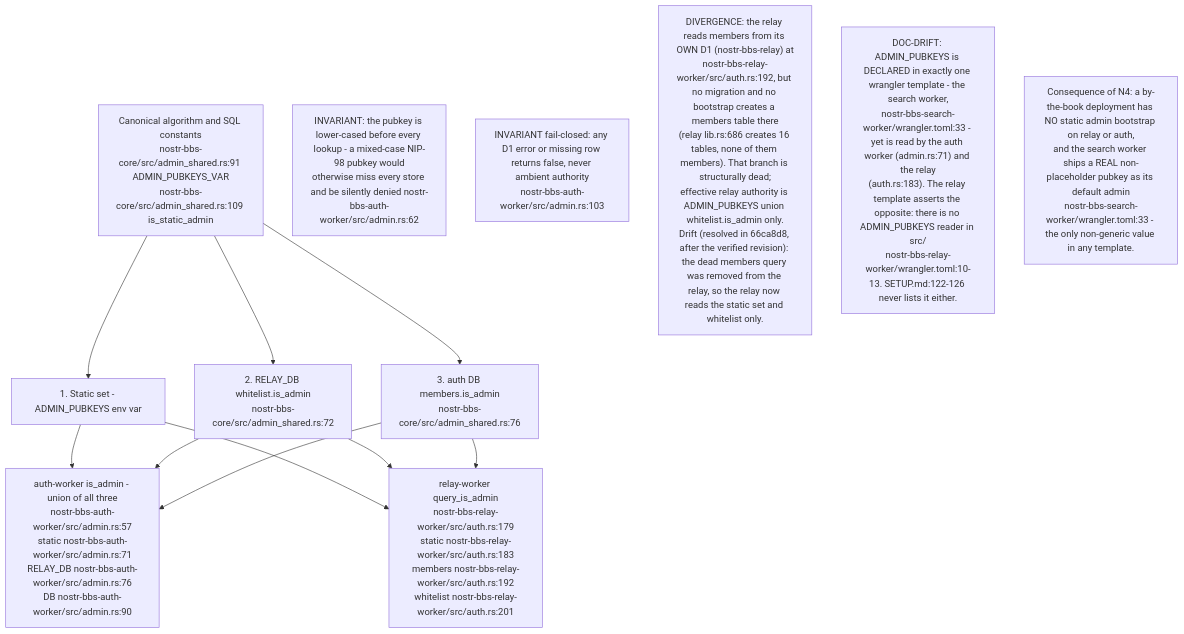
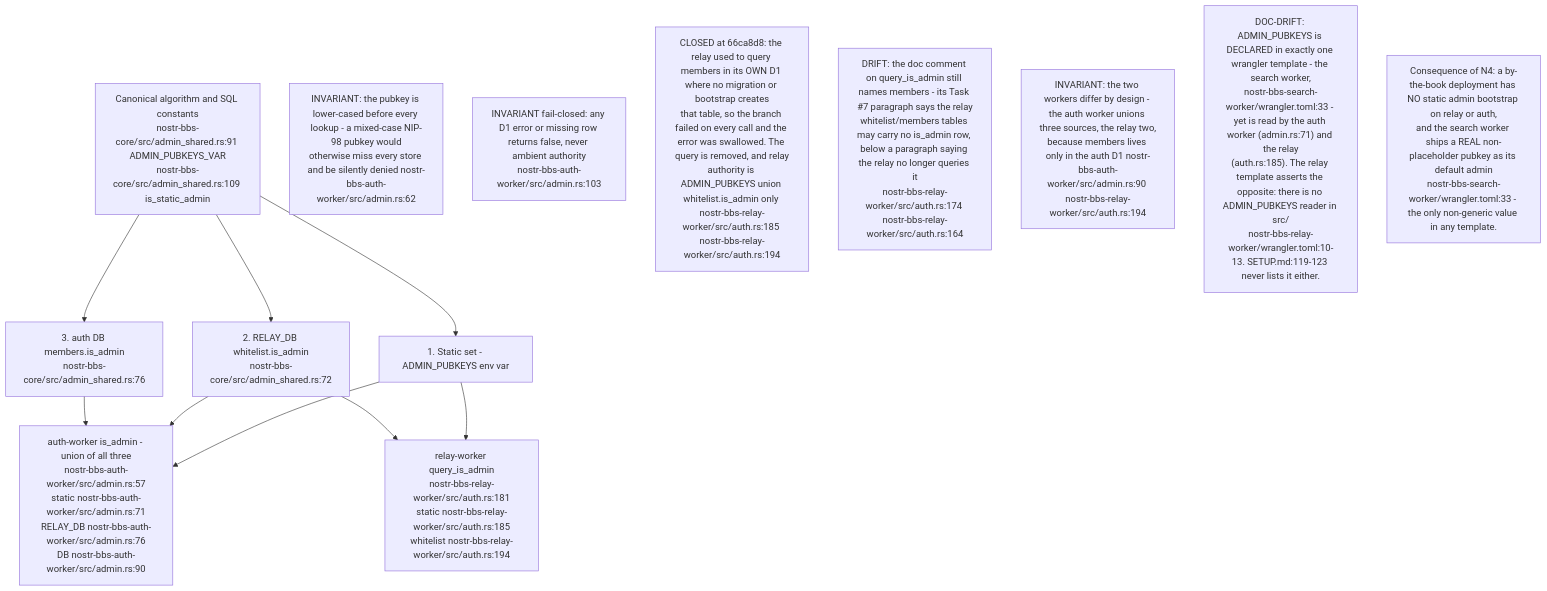
The seventh of 9 diagrams in docs/diagrams/nostr-rust-forum/08-config-zones-stores-and-admin-authority.md (DreamLab-AI/VisionFlow), drawn with Mermaid before and after one commit. The commit also changed other lines of this file and 26 other files, not shown here.

First line of the commit message:
docs(diagrams): re-verify solid-pod-rs, nostr-rust-forum and visionclaw 22/36 against HEAD

````diff
--- a/docs/diagrams/nostr-rust-forum/08-config-zones-stores-and-admin-authority.md
+++ b/docs/diagrams/nostr-rust-forum/08-config-zones-stores-and-admin-authority.md
@@ -226,19 +241,21 @@
 ```mermaid
 flowchart TB
     CANON["Canonical algorithm and SQL constants<br/>nostr-bbs-core/src/admin_shared.rs:91 ADMIN_PUBKEYS_VAR<br/>nostr-bbs-core/src/admin_shared.rs:109 is_static_admin"]
     S1["1. Static set - ADMIN_PUBKEYS env var"]
     S2["2. RELAY_DB whitelist.is_admin<br/>nostr-bbs-core/src/admin_shared.rs:72"]
     S3["3. auth DB members.is_admin<br/>nostr-bbs-core/src/admin_shared.rs:76"]
     AUTHIS["auth-worker is_admin - union of all three<br/>nostr-bbs-auth-worker/src/admin.rs:57<br/>static nostr-bbs-auth-worker/src/admin.rs:71<br/>RELAY_DB nostr-bbs-auth-worker/src/admin.rs:76<br/>DB nostr-bbs-auth-worker/src/admin.rs:90"]
-    RELIS["relay-worker query_is_admin<br/>nostr-bbs-relay-worker/src/auth.rs:179<br/>static nostr-bbs-relay-worker/src/auth.rs:183<br/>members nostr-bbs-relay-worker/src/auth.rs:192<br/>whitelist nostr-bbs-relay-worker/src/auth.rs:201"]
+    RELIS["relay-worker query_is_admin<br/>nostr-bbs-relay-worker/src/auth.rs:181<br/>static nostr-bbs-relay-worker/src/auth.rs:185<br/>whitelist nostr-bbs-relay-worker/src/auth.rs:194"]
 
     CANON --> S1 & S2 & S3
     S1 & S2 & S3 --> AUTHIS
-    S1 & S2 & S3 --> RELIS
+    S1 & S2 --> RELIS
 
     N1["INVARIANT: the pubkey is lower-cased before every lookup - a mixed-case NIP-98 pubkey would<br/>otherwise miss every store and be silently denied nostr-bbs-auth-worker/src/admin.rs:62"]
     N2["INVARIANT fail-closed: any D1 error or missing row returns false, never ambient authority<br/>nostr-bbs-auth-worker/src/admin.rs:103"]
-    N3["DIVERGENCE: the relay reads members from its OWN D1 (nostr-bbs-relay) at<br/>nostr-bbs-relay-worker/src/auth.rs:192, but no migration and no bootstrap creates a members table there<br/>(relay lib.rs:686 creates 16 tables, none of them members). That branch is structurally dead;<br/>effective relay authority is ADMIN_PUBKEYS union whitelist.is_admin only.<br/>Drift (resolved in 66ca8d8, after the verified revision): the dead members query was removed from the relay, so the relay now reads the static set and whitelist only."]
-    N4["DOC-DRIFT: ADMIN_PUBKEYS is DECLARED in exactly one wrangler template - the search worker,<br/>nostr-bbs-search-worker/wrangler.toml:33 - yet is read by the auth worker (admin.rs:71) and the relay<br/>(auth.rs:183). The relay template asserts the opposite: there is no ADMIN_PUBKEYS reader in src/<br/>nostr-bbs-relay-worker/wrangler.toml:10-13. SETUP.md:122-126 never lists it either."]
+    N3["CLOSED at 66ca8d8: the relay used to query members in its OWN D1 where no migration or bootstrap creates<br/>that table, so the branch failed on every call and the error was swallowed. The query is removed, and relay<br/>authority is ADMIN_PUBKEYS union whitelist.is_admin only nostr-bbs-relay-worker/src/auth.rs:185 nostr-bbs-relay-worker/src/auth.rs:194"]
+    N3B["DRIFT: the doc comment on query_is_admin still names members - its Task #7 paragraph says the relay<br/>whitelist/members tables may carry no is_admin row, below a paragraph saying the relay no longer queries it<br/>nostr-bbs-relay-worker/src/auth.rs:174 nostr-bbs-relay-worker/src/auth.rs:164"]
+    N3C["INVARIANT: the two workers differ by design - the auth worker unions three sources, the relay two,<br/>because members lives only in the auth D1 nostr-bbs-auth-worker/src/admin.rs:90 nostr-bbs-relay-worker/src/auth.rs:194"]
+    N4["DOC-DRIFT: ADMIN_PUBKEYS is DECLARED in exactly one wrangler template - the search worker,<br/>nostr-bbs-search-worker/wrangler.toml:33 - yet is read by the auth worker (admin.rs:71) and the relay<br/>(auth.rs:185). The relay template asserts the opposite: there is no ADMIN_PUBKEYS reader in src/<br/>nostr-bbs-relay-worker/wrangler.toml:10-13. SETUP.md:119-123 never lists it either."]
     N5["Consequence of N4: a by-the-book deployment has NO static admin bootstrap on relay or auth,<br/>and the search worker ships a REAL non-placeholder pubkey as its default admin<br/>nostr-bbs-search-worker/wrangler.toml:33 - the only non-generic value in any template."]
 ```
````
